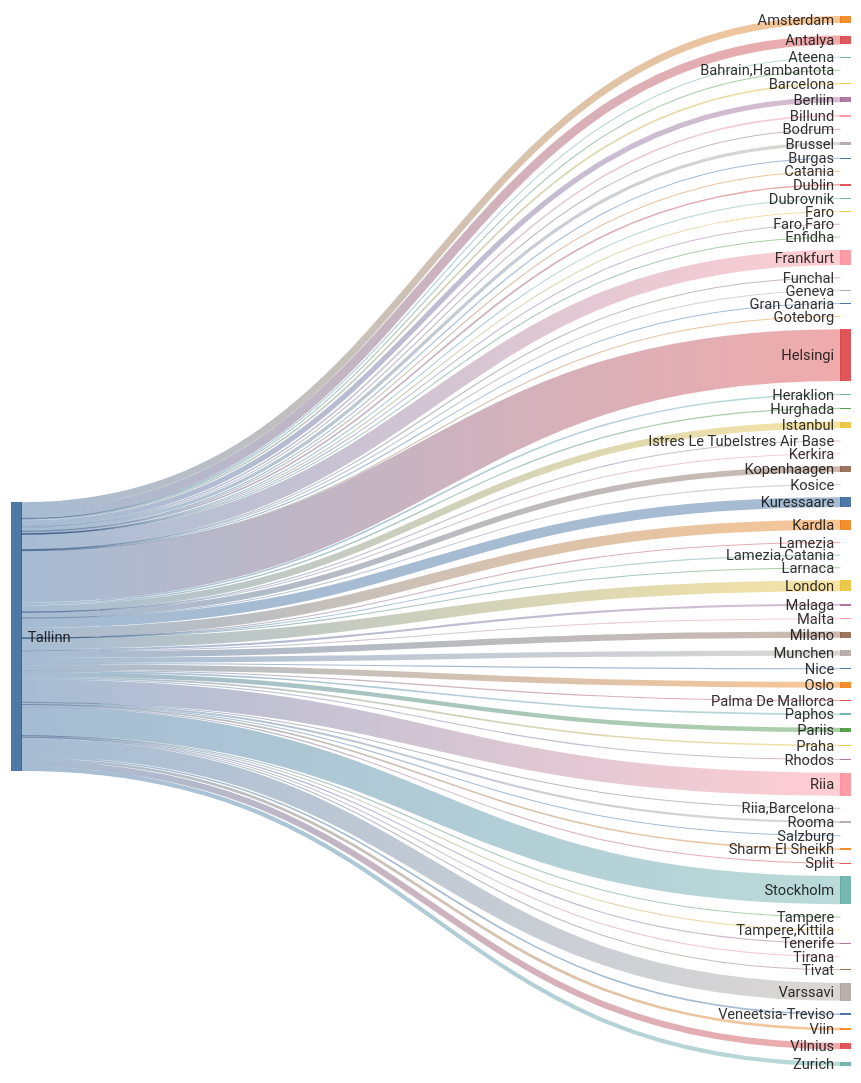
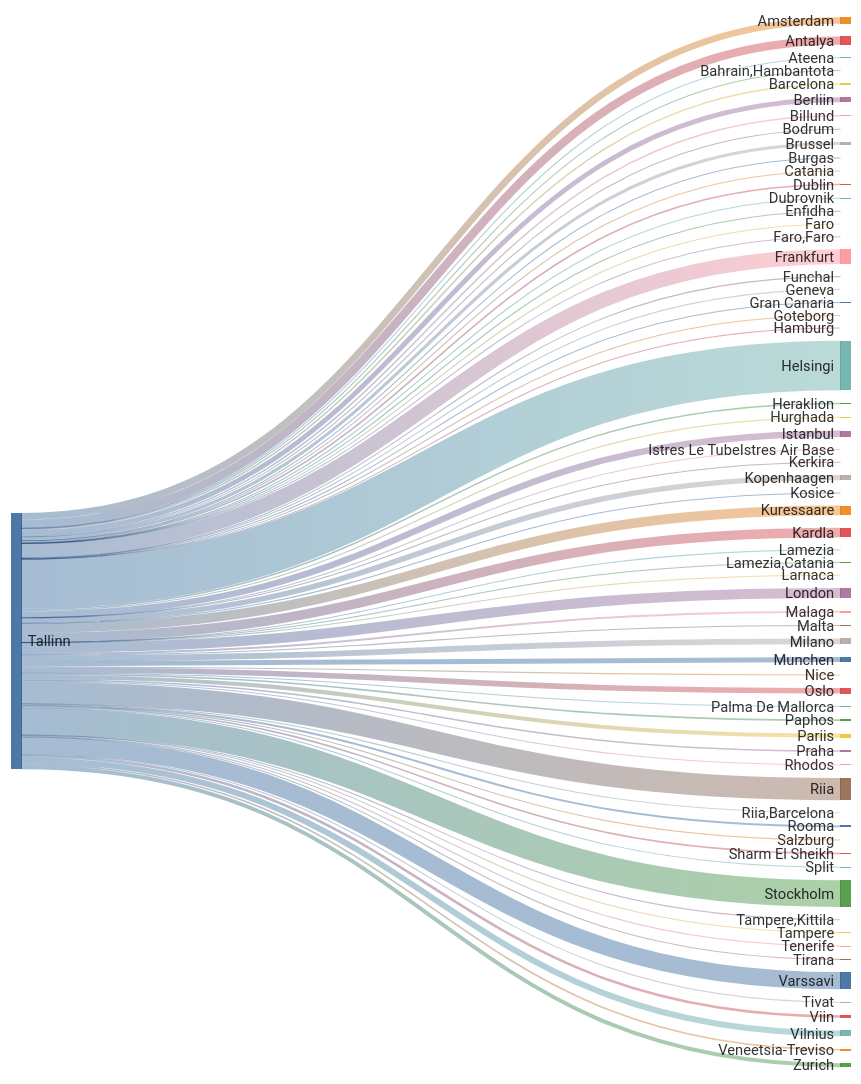
Before and after one commit to rainermesi/tll-airport-departures: the second of 2 diagrams in README.md, drawn with Mermaid. The commit also changed other lines of this file, not shown here.

````diff
--- a/README.md
+++ b/README.md
@@ -34,76 +34,77 @@
 ```mermaid
 ---
 config:
   sankey:
     showValues: false
     width: 800
     height: 1000
 ---
 sankey-beta
 %% source,target,value
-Tallinn,Amsterdam,208
+Tallinn,Amsterdam,210
 Tallinn,Antalya,264
 Tallinn,Ateena,16
 Tallinn,"Bahrain,Hambantota",1
 Tallinn,Barcelona,49
 Tallinn,Berliin,154
 Tallinn,Billund,49
 Tallinn,Bodrum,11
-Tallinn,Brussel,97
+Tallinn,Brussel,98
 Tallinn,Burgas,21
 Tallinn,Catania,2
 Tallinn,Dublin,50
 Tallinn,Dubrovnik,21
 Tallinn,Enfidha,7
 Tallinn,Faro,4
 Tallinn,"Faro,Faro",1
-Tallinn,Frankfurt,457
+Tallinn,Frankfurt,460
 Tallinn,Funchal,5
 Tallinn,Geneva,4
 Tallinn,Gran Canaria,24
 Tallinn,Goteborg,1
-Tallinn,Helsingi,1544
+Tallinn,Hamburg,1
+Tallinn,Helsingi,1552
 Tallinn,Heraklion,46
 Tallinn,Hurghada,35
-Tallinn,Istanbul,200
+Tallinn,Istanbul,201
 Tallinn,Istres Le TubeIstres Air Base,2
 Tallinn,Kerkira,4
-Tallinn,Kopenhaagen,170
+Tallinn,Kopenhaagen,171
 Tallinn,Kosice,1
-Tallinn,Kuressaare,297
-Tallinn,Kardla,297
+Tallinn,Kuressaare,299
+Tallinn,Kardla,299
 Tallinn,Lamezia,1
 Tallinn,"Lamezia,Catania",3
 Tallinn,Larnaca,4
-Tallinn,London,318
-Tallinn,Malaga,62
+Tallinn,London,320
+Tallinn,Malaga,63
 Tallinn,Malta,15
-Tallinn,Milano,186
+Tallinn,Milano,187
 Tallinn,Munchen,157
 Tallinn,Nice,25
 Tallinn,Oslo,176
 Tallinn,Palma De Mallorca,19
 Tallinn,Paphos,49
-Tallinn,Pariis,129
+Tallinn,Pariis,130
 Tallinn,Praha,49
 Tallinn,Rhodos,32
-Tallinn,Riia,689
+Tallinn,Riia,693
 Tallinn,"Riia,Barcelona",1
 Tallinn,Rooma,62
 Tallinn,Salzburg,5
-Tallinn,Sharm El Sheikh,49
+Tallinn,Sharm El Sheikh,50
 Tallinn,Split,25
-Tallinn,Stockholm,836
+Tallinn,Stockholm,838
 Tallinn,Tampere,17
 Tallinn,"Tampere,Kittila",5
 Tallinn,Tenerife,36
 Tallinn,Tirana,8
 Tallinn,Tivat,26
-Tallinn,Varssavi,534
+Tallinn,Varssavi,536
 Tallinn,Veneetsia-Treviso,50
 Tallinn,Viin,81
-Tallinn,Vilnius,185
-Tallinn,Zurich,124
+Tallinn,Vilnius,187
+Tallinn,Zurich,125
 
 
 ```
````
